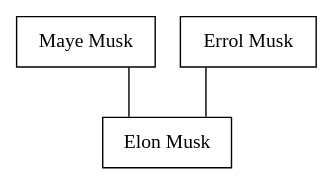
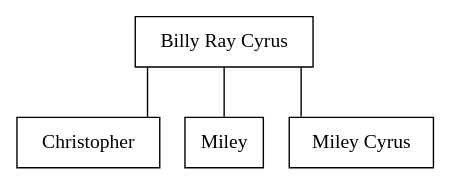
One commit to GlennOlsson/CSC482-FinalProj changed the diagram in output.dot. Above: the diagram before and after it, drawn with Graphviz. The commit also changed 4 other files, not shown here.

Commit message:
Update for info about Graphviz

```diff
--- a/output.dot
+++ b/output.dot
@@ -1,11 +1,13 @@
 
 digraph
 {
 splines = ortho;
-ElonMusk31910f36216d450fbc3003fcd4954950 [shape=box, label = "Elon Musk", color = black];
-MayeMusk5999521dd1c74d008b654ceed5f88440 [shape=box, label = "Maye Musk", color = black];
-ErrolMuskd66ab667b26240c5ae9afcc36f08d639 [shape=box, label = "Errol Musk", color = black];
+BillyRayCyrus1a8ba80114bf48aba1e5fc9d6a793fdb [shape=box, label = "Billy Ray Cyrus", color = black];
+Christopherf0b9f469bf4f42969adf5ef6392a335f [shape=box, label = "Christopher", color = black];
+Miley42648c150b7244b9b4f878e0227c91be [shape=box, label = "Miley", color = black];
+MileyCyrus2c421817c3cc466fbb6c4c1c388045e4 [shape=box, label = "Miley Cyrus", color = black];
 
-MayeMusk5999521dd1c74d008b654ceed5f88440 -> ElonMusk31910f36216d450fbc3003fcd4954950 [dir=none];
-ErrolMuskd66ab667b26240c5ae9afcc36f08d639 -> ElonMusk31910f36216d450fbc3003fcd4954950 [dir=none];
+BillyRayCyrus1a8ba80114bf48aba1e5fc9d6a793fdb -> Christopherf0b9f469bf4f42969adf5ef6392a335f [dir=none];
+BillyRayCyrus1a8ba80114bf48aba1e5fc9d6a793fdb -> MileyCyrus2c421817c3cc466fbb6c4c1c388045e4 [dir=none];
+BillyRayCyrus1a8ba80114bf48aba1e5fc9d6a793fdb -> Miley42648c150b7244b9b4f878e0227c91be [dir=none];
 }
```
